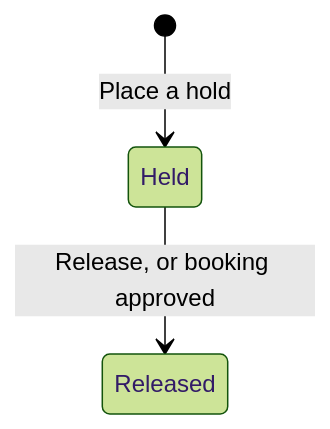
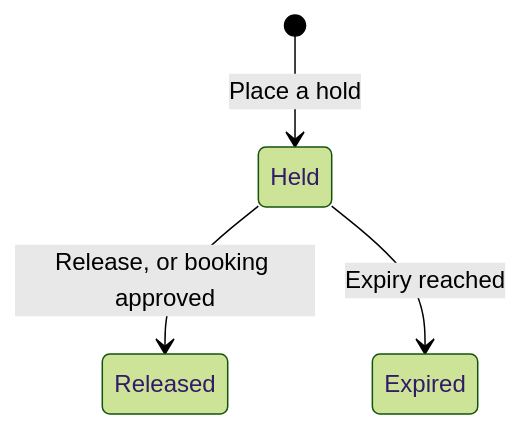
The third of 6 diagrams in docs/design/state-model.md (darrentiang/IS212-G5-T1), drawn with Mermaid (forest theme) before and after one commit. The commit also changed other lines of this file and 12 other files, not shown here.

````diff
--- a/docs/design/state-model.md
+++ b/docs/design/state-model.md
@@ -114,5 +118,6 @@
 ```mermaid
 stateDiagram-v2
     [*] --> Held: Place a hold
     Held --> Released: Release, or booking approved
+    Held --> Expired: Expiry reached
 ```
````
